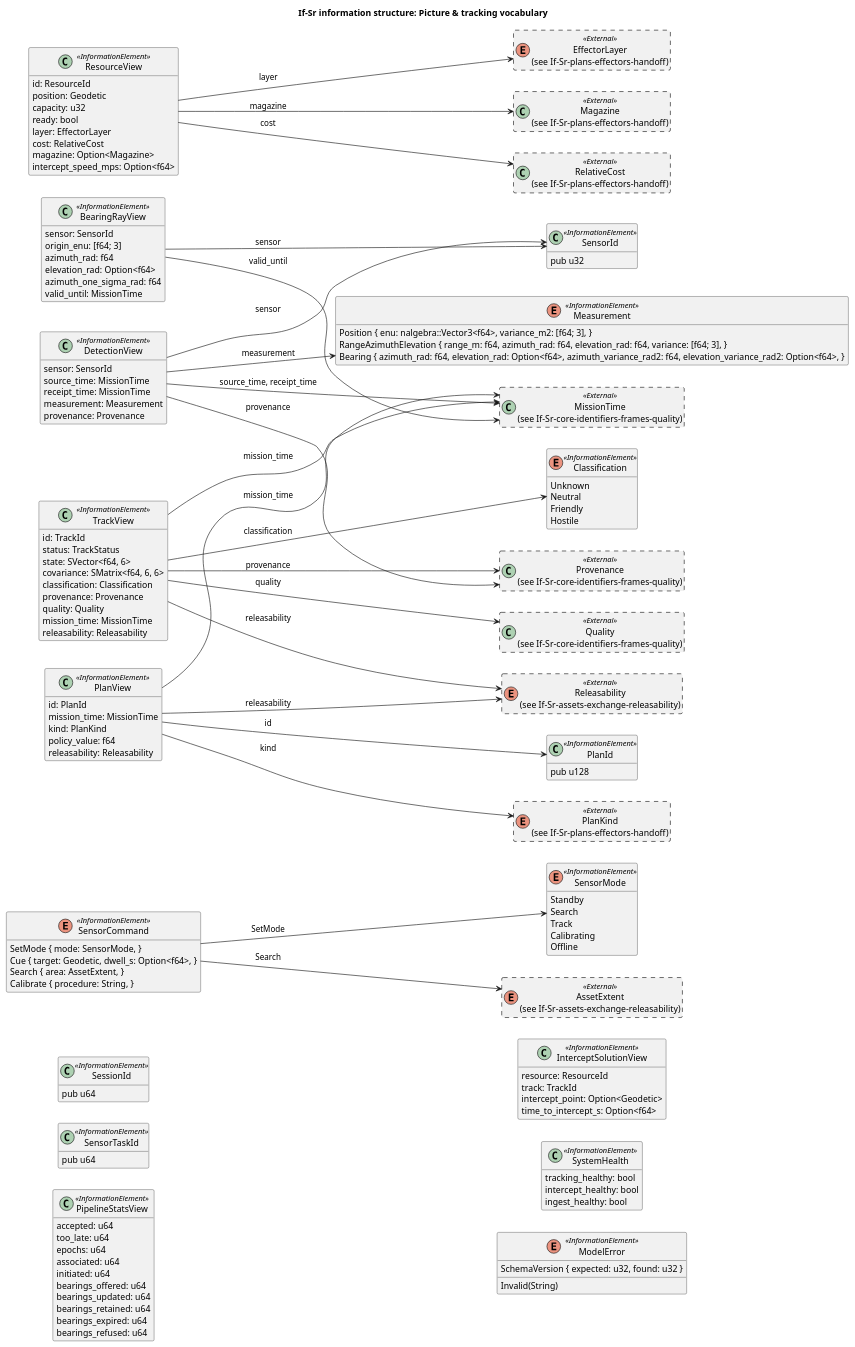
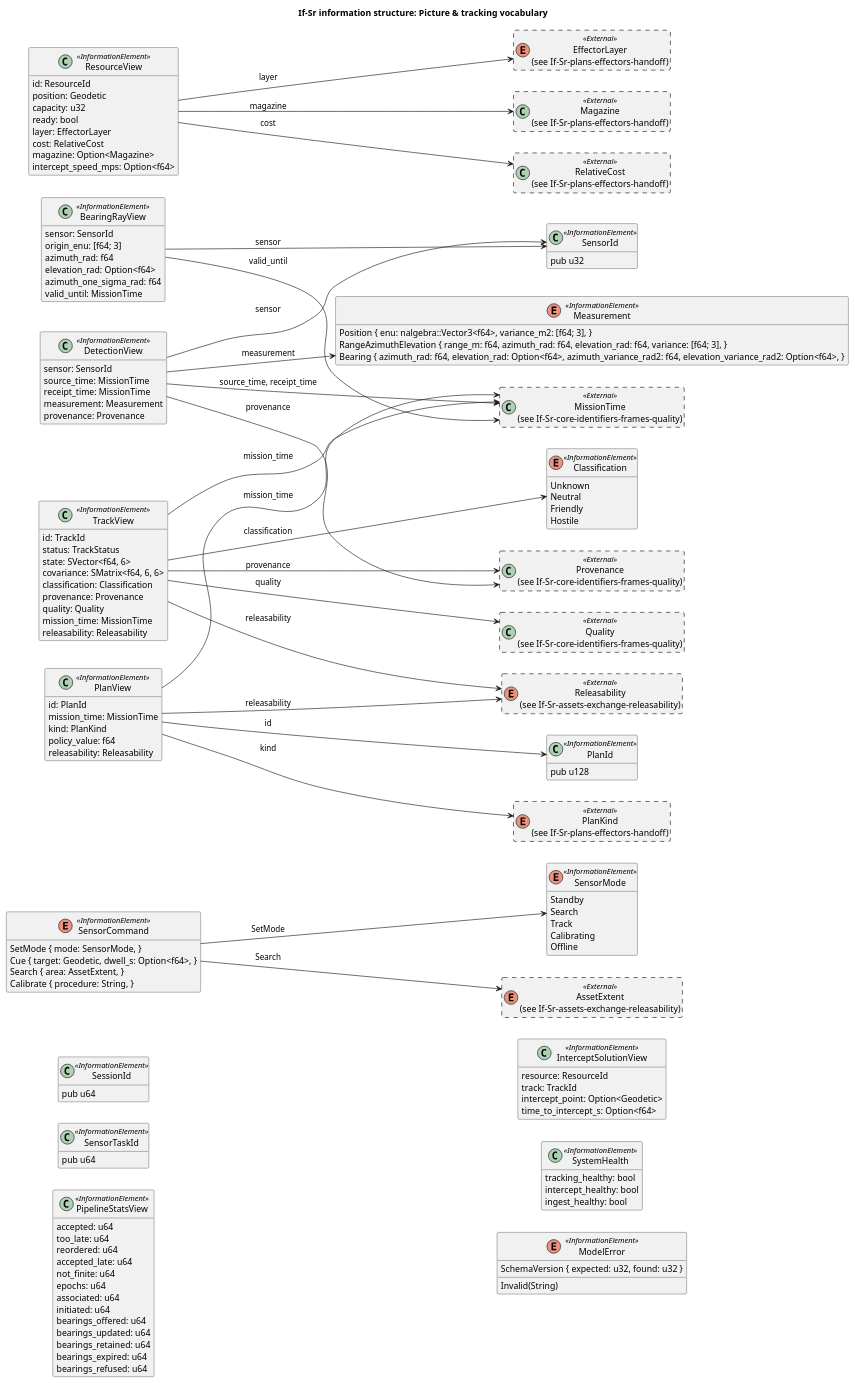
One commit to WayneRoessling/gungnir changed the diagram in docs/architecture/uaf/information/If-Sr-picture-tracking-vocabulary.puml. Above: the diagram before and after it, drawn with PlantUML. The commit also changed 46 other files, not shown here.

```diff
--- a/docs/architecture/uaf/information/If-Sr-picture-tracking-vocabulary.puml
+++ b/docs/architecture/uaf/information/If-Sr-picture-tracking-vocabulary.puml
@@ -1,150 +1,153 @@
 @startuml If-Sr-picture-tracking-vocabulary
 title If-Sr information structure: Picture & tracking vocabulary
 left to right direction
 hide empty members
 skinparam classAttributeIconSize 0
 enum "SensorMode" as SensorMode <<InformationElement>> {
   Standby
   Search
   Track
   Calibrating
   Offline
 }
 class "SessionId" as SessionId <<InformationElement>> {
   pub u64
 }
 class "SensorId" as SensorId <<InformationElement>> {
   pub u32
 }
 class "SensorTaskId" as SensorTaskId <<InformationElement>> {
   pub u64
 }
 enum "SensorCommand" as SensorCommand <<InformationElement>> {
   SetMode { mode: SensorMode, }
   Cue { target: Geodetic, dwell_s: Option<f64>, }
   Search { area: AssetExtent, }
   Calibrate { procedure: String, }
 }
 enum "Classification" as Classification <<InformationElement>> {
   Unknown
   Neutral
   Friendly
   Hostile
 }
 enum "Measurement" as Measurement <<InformationElement>> {
   Position { enu: nalgebra::Vector3<f64>, variance_m2: [f64; 3], }
   RangeAzimuthElevation { range_m: f64, azimuth_rad: f64, elevation_rad: f64, variance: [f64; 3], }
   Bearing { azimuth_rad: f64, elevation_rad: Option<f64>, azimuth_variance_rad2: f64, elevation_variance_rad2: Option<f64>, }
 }
 class "DetectionView" as DetectionView <<InformationElement>> {
   sensor: SensorId
   source_time: MissionTime
   receipt_time: MissionTime
   measurement: Measurement
   provenance: Provenance
 }
 class "TrackView" as TrackView <<InformationElement>> {
   id: TrackId
   status: TrackStatus
   state: SVector<f64, 6>
   covariance: SMatrix<f64, 6, 6>
   classification: Classification
   provenance: Provenance
   quality: Quality
   mission_time: MissionTime
   releasability: Releasability
 }
 class "BearingRayView" as BearingRayView <<InformationElement>> {
   sensor: SensorId
   origin_enu: [f64; 3]
   azimuth_rad: f64
   elevation_rad: Option<f64>
   azimuth_one_sigma_rad: f64
   valid_until: MissionTime
 }
 class "PipelineStatsView" as PipelineStatsView <<InformationElement>> {
   accepted: u64
   too_late: u64
+  reordered: u64
+  accepted_late: u64
+  not_finite: u64
   epochs: u64
   associated: u64
   initiated: u64
   bearings_offered: u64
   bearings_updated: u64
   bearings_retained: u64
   bearings_expired: u64
   bearings_refused: u64
 }
 class "ResourceView" as ResourceView <<InformationElement>> {
   id: ResourceId
   position: Geodetic
   capacity: u32
   ready: bool
   layer: EffectorLayer
   cost: RelativeCost
   magazine: Option<Magazine>
   intercept_speed_mps: Option<f64>
 }
 class "PlanId" as PlanId <<InformationElement>> {
   pub u128
 }
 class "InterceptSolutionView" as InterceptSolutionView <<InformationElement>> {
   resource: ResourceId
   track: TrackId
   intercept_point: Option<Geodetic>
   time_to_intercept_s: Option<f64>
 }
 class "PlanView" as PlanView <<InformationElement>> {
   id: PlanId
   mission_time: MissionTime
   kind: PlanKind
   policy_value: f64
   releasability: Releasability
 }
 class "SystemHealth" as SystemHealth <<InformationElement>> {
   tracking_healthy: bool
   intercept_healthy: bool
   ingest_healthy: bool
 }
 enum "ModelError" as ModelError <<InformationElement>> {
   SchemaVersion { expected: u32, found: u32 }
   Invalid(String)
 }
 enum "AssetExtent\n(see If-Sr-assets-exchange-releasability)" as AssetExtent <<External>> #line.dashed {
 }
 enum "EffectorLayer\n(see If-Sr-plans-effectors-handoff)" as EffectorLayer <<External>> #line.dashed {
 }
 class "Magazine\n(see If-Sr-plans-effectors-handoff)" as Magazine <<External>> #line.dashed {
 }
 class "MissionTime\n(see If-Sr-core-identifiers-frames-quality)" as MissionTime <<External>> #line.dashed {
 }
 enum "PlanKind\n(see If-Sr-plans-effectors-handoff)" as PlanKind <<External>> #line.dashed {
 }
 class "Provenance\n(see If-Sr-core-identifiers-frames-quality)" as Provenance <<External>> #line.dashed {
 }
 class "Quality\n(see If-Sr-core-identifiers-frames-quality)" as Quality <<External>> #line.dashed {
 }
 class "RelativeCost\n(see If-Sr-plans-effectors-handoff)" as RelativeCost <<External>> #line.dashed {
 }
 enum "Releasability\n(see If-Sr-assets-exchange-releasability)" as Releasability <<External>> #line.dashed {
 }
 SensorCommand --> AssetExtent : Search
 SensorCommand --> SensorMode : SetMode
 DetectionView --> Measurement : measurement
 DetectionView --> MissionTime : source_time, receipt_time
 DetectionView --> Provenance : provenance
 DetectionView --> SensorId : sensor
 TrackView --> Classification : classification
 TrackView --> MissionTime : mission_time
 TrackView --> Provenance : provenance
 TrackView --> Quality : quality
 TrackView --> Releasability : releasability
 BearingRayView --> MissionTime : valid_until
 BearingRayView --> SensorId : sensor
 ResourceView --> EffectorLayer : layer
 ResourceView --> Magazine : magazine
 ResourceView --> RelativeCost : cost
 PlanView --> MissionTime : mission_time
 PlanView --> PlanId : id
 PlanView --> PlanKind : kind
 PlanView --> Releasability : releasability
 @enduml
```
